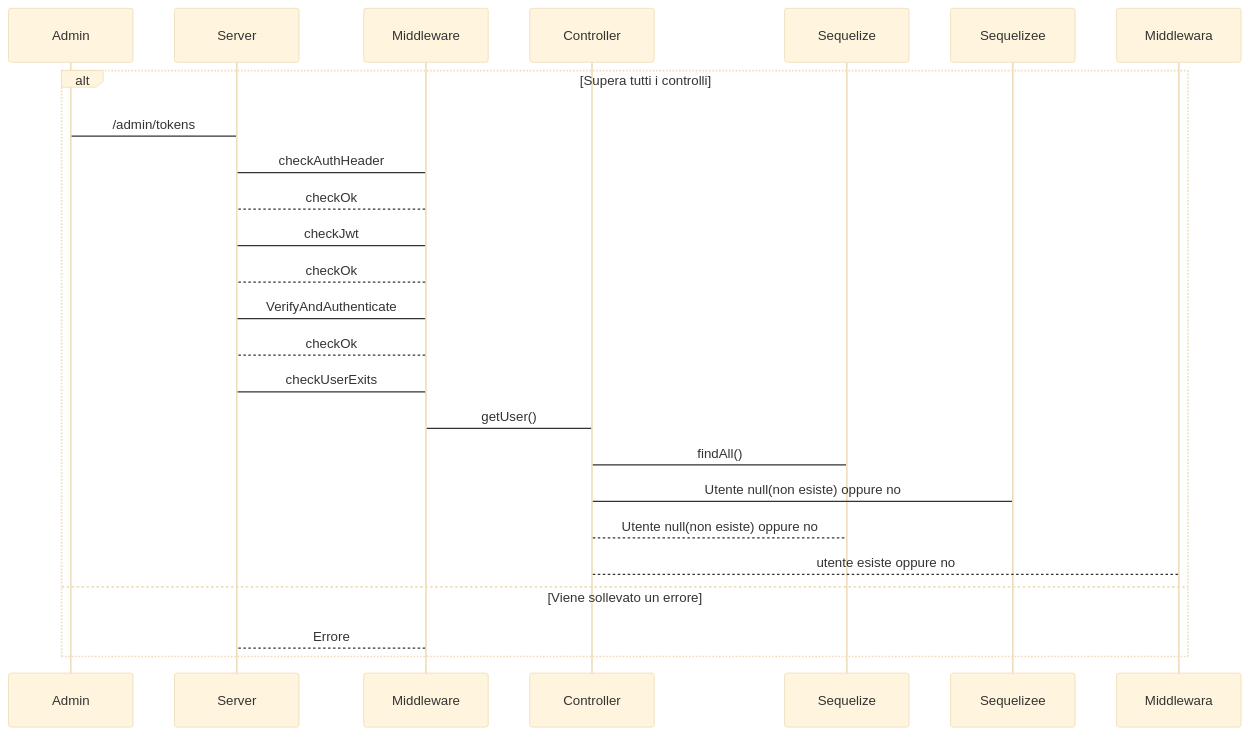
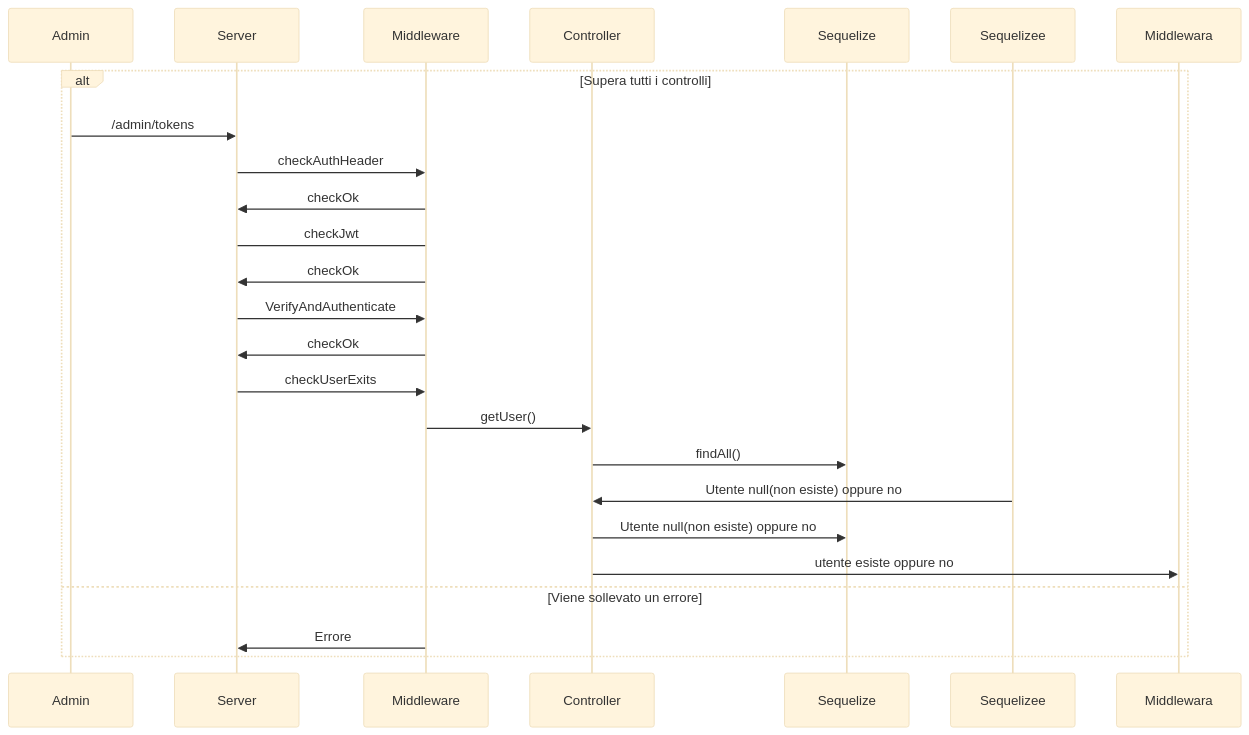
The fifth of 7 diagrams in README.md (AgneseBruglia/PA2024), drawn with Mermaid (base theme) before and after one commit.

````diff
--- a/README.md
+++ b/README.md
@@ -256,20 +256,20 @@
 ```mermaid
 sequenceDiagram
     alt Supera tutti i controlli
-        Admin->Server: /admin/tokens
-        Server->Middleware: checkAuthHeader
-        Middleware-->Server: checkOk
+        Admin->>Server: /admin/tokens
+        Server->>Middleware: checkAuthHeader
+        Middleware->>Server: checkOk
         Server->Middleware: checkJwt
-        Middleware-->Server: checkOk
-        Server->Middleware: VerifyAndAuthenticate 
-        Middleware-->Server: checkOk
-        Server->Middleware: checkUserExits
-        Middleware->Controller: getUser()
-        Controller->Sequelize: findAll()
-        Sequelizee->Controller: Utente null(non esiste) oppure no
-        Controller-->Sequelize: Utente null(non esiste) oppure no
-        Controller-->Middlewara: utente esiste oppure no
+        Middleware->>Server: checkOk
+        Server->>Middleware: VerifyAndAuthenticate 
+        Middleware->>Server: checkOk
+        Server->>Middleware: checkUserExits
+        Middleware->>Controller: getUser()
+        Controller->>Sequelize: findAll()
+        Sequelizee->>Controller: Utente null(non esiste) oppure no
+        Controller->>Sequelize: Utente null(non esiste) oppure no
+        Controller->>Middlewara: utente esiste oppure no
     else Viene sollevato un errore
-        Middleware-->Server: Errore
+        Middleware->>Server: Errore
     end
 ```
````
